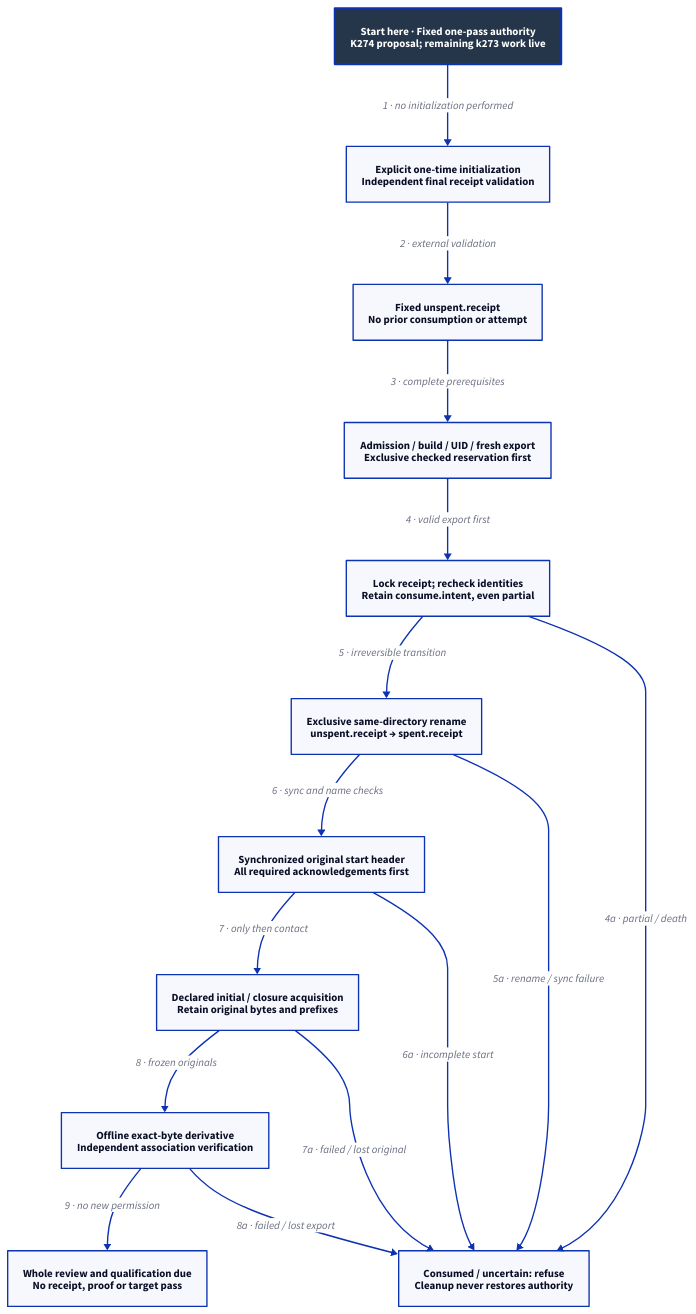
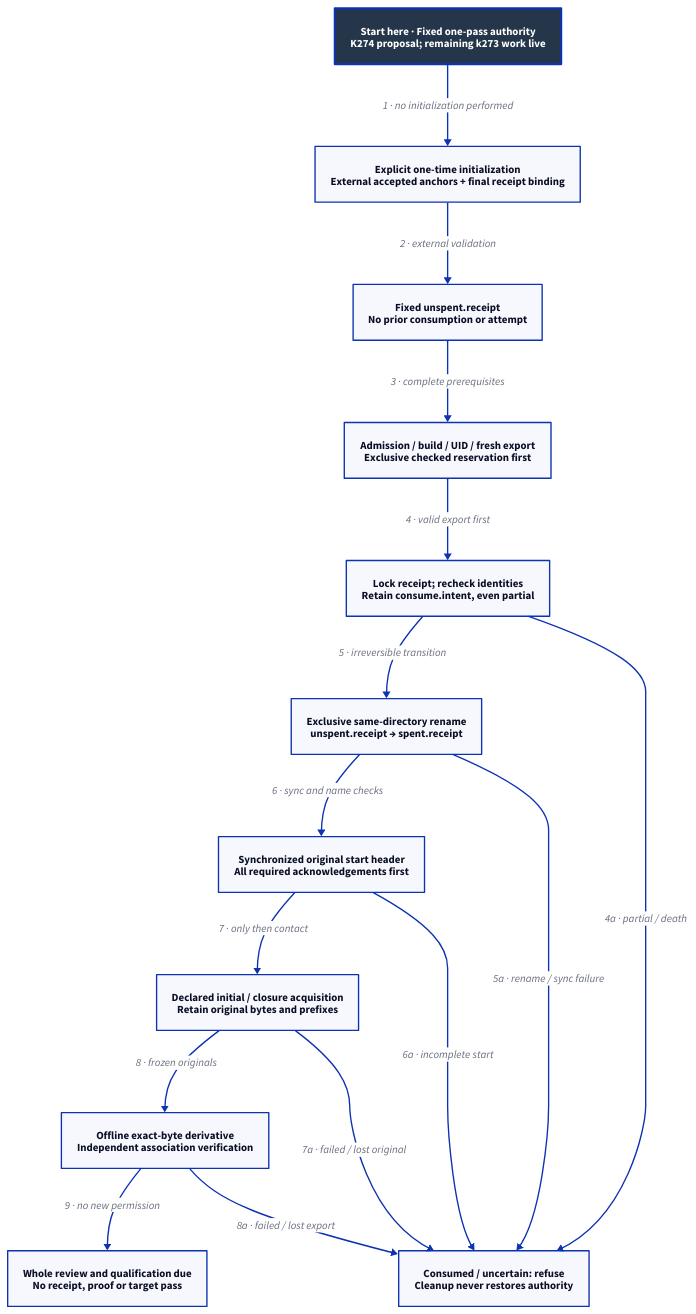
Before and after one commit to Linkuistics/Koine: the diagram in docs/design/architecture/native-reference-admission.d2, drawn with D2. The commit also changed 17 other files, not shown here.

Commit message:
Design independent reference-evidence approval anchors (reference-evidence-independent-anchors-k275)

```diff
--- a/docs/design/architecture/native-reference-admission.d2
+++ b/docs/design/architecture/native-reference-admission.d2
@@ -1,30 +1,30 @@
 # Proposed lifecycle; complete contract is normative and qualification remains due.
 direction: down
 classes: {
   start: {style: {fill: "#25364B"; font-color: "#FFFFFF"; bold: true; stroke-width: 3}}
 }
 Start: "Start here · Fixed one-pass authority\nK274 proposal; remaining k273 work live" {class: start}
-Provision: "Explicit one-time initialization\nIndependent final receipt validation"
+Provision: "Explicit one-time initialization\nExternal accepted anchors + final receipt binding"
 Ready: "Fixed unspent.receipt\nNo prior consumption or attempt"
 Export: "Admission / build / UID / fresh export\nExclusive checked reservation first"
 Intent: "Lock receipt; recheck identities\nRetain consume.intent, even partial"
 Spent: "Exclusive same-directory rename\nunspent.receipt → spent.receipt"
 Original: "Synchronized original start header\nAll required acknowledgements first"
 Capture: "Declared initial / closure acquisition\nRetain original bytes and prefixes"
 Derivative: "Offline exact-byte derivative\nIndependent association verification"
 Refuse: "Consumed / uncertain: refuse\nCleanup never restores authority"
 Limit: "Whole review and qualification due\nNo receipt, proof or target pass"
 Start -> Provision: "1 · no initialization performed"
 Provision -> Ready: "2 · external validation"
 Ready -> Export: "3 · complete prerequisites"
 Export -> Intent: "4 · valid export first"
 Intent -> Spent: "5 · irreversible transition"
 Spent -> Original: "6 · sync and name checks"
 Original -> Capture: "7 · only then contact"
 Capture -> Derivative: "8 · frozen originals"
 Derivative -> Limit: "9 · no new permission"
 Intent -> Refuse: "4a · partial / death"
 Spent -> Refuse: "5a · rename / sync failure"
 Original -> Refuse: "6a · incomplete start"
 Capture -> Refuse: "7a · failed / lost original"
 Derivative -> Refuse: "8a · failed / lost export"
```
